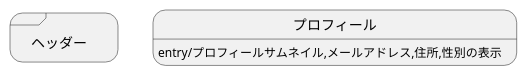
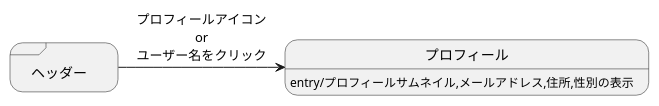
One commit to akutori/T-D-E changed the diagram in プロフィール.md. Above: the diagram before and after it, drawn with PlantUML.

Commit message:
かんたんな遷移を追加

````diff
--- a/プロフィール.md
+++ b/プロフィール.md
@@ -1,10 +1,10 @@
 ```uml
 @startuml
 state "ヘッダー" as mainheadder<<sdlreceive>>
 state プロフィール:entry/プロフィールサムネイル,メールアドレス,住所,性別の表示
-
+mainheadder -> プロフィール : プロフィールアイコン\nor\nユーザー名をクリック
 state プロフィール{
     
 }
 @enduml
 ```
````
